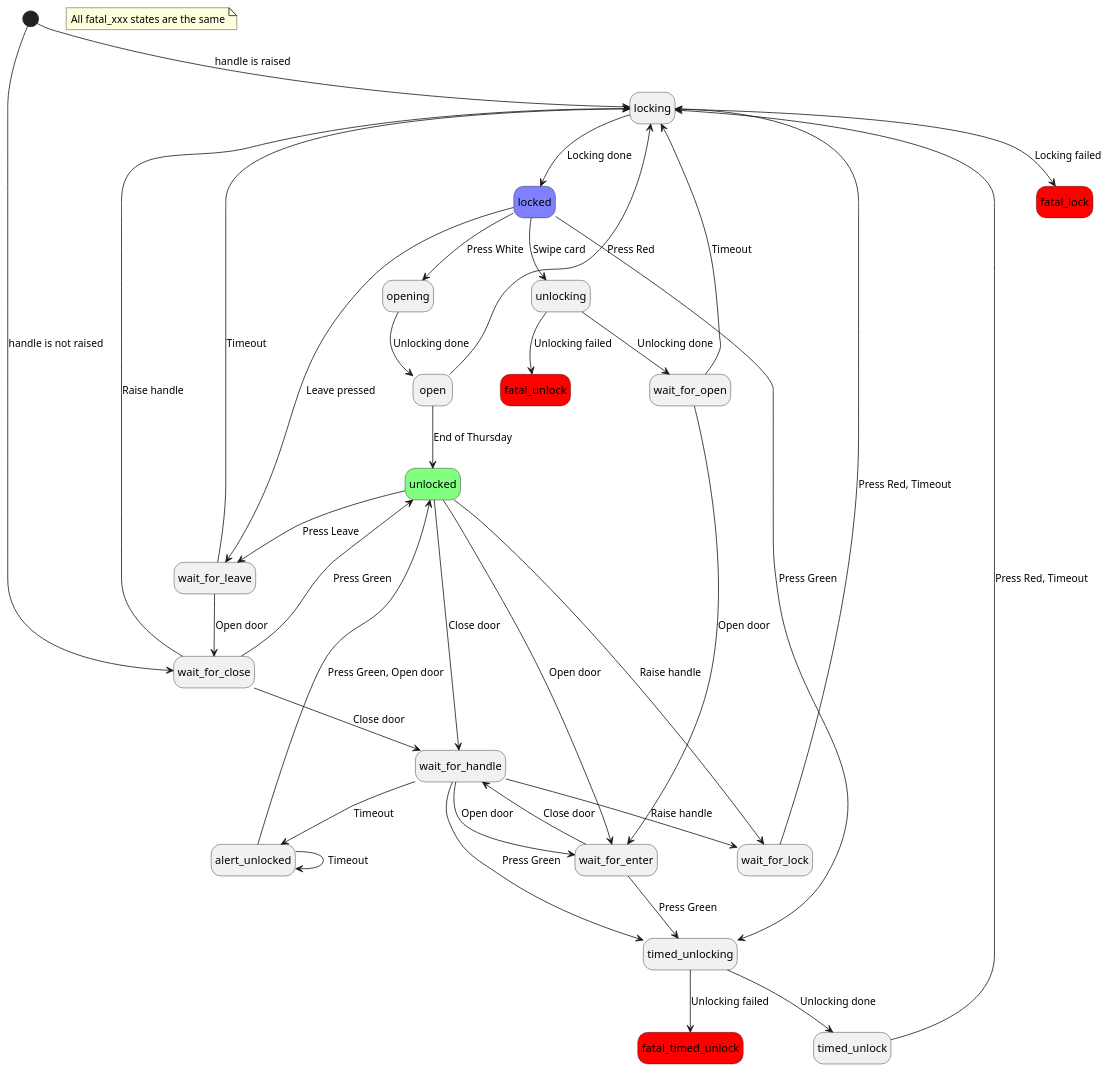
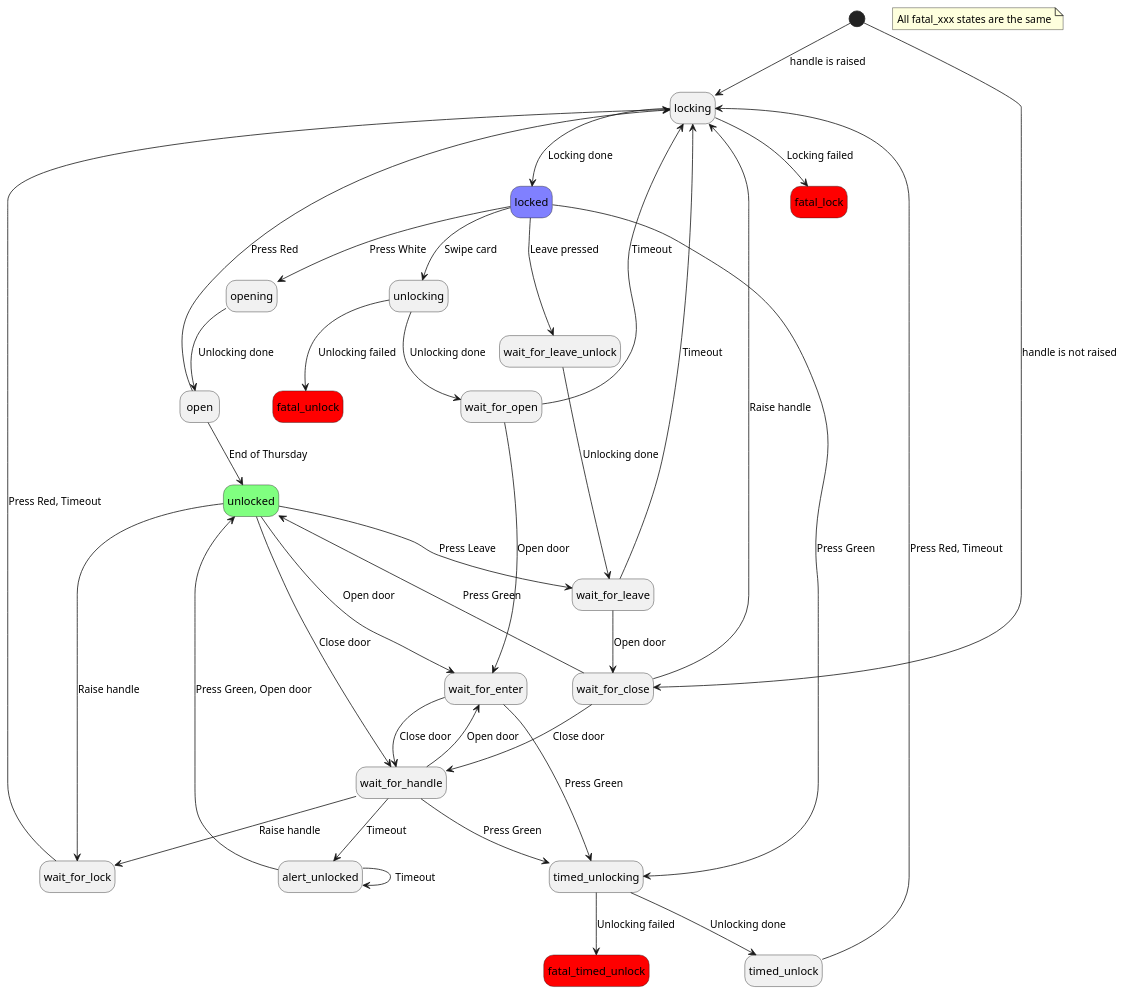
Before and after one commit to bullestock/acsv2: the diagram in ui/states.plantuml, drawn with PlantUML. The commit also changed 1 other file, not shown here.

Commit message:
Fix Leave handling.

```diff
--- a/ui/states.plantuml
+++ b/ui/states.plantuml
@@ -1,49 +1,50 @@
 @startuml
 hide empty description
 
 state fatal_lock #ff0000
 state fatal_unlock #ff0000
 state fatal_timed_unlock #ff0000
 
 note "All fatal_xxx states are the same" as fatal_note
 
 state locked #8080ff
 state unlocked #80ff80
 
 [*] --> locking: handle is raised
 [*] --> wait_for_close: handle is not raised
 alert_unlocked --> alert_unlocked: Timeout
 alert_unlocked --> unlocked: Press Green, Open door
 locked --> opening: Press White
 locked --> timed_unlocking: Press Green
 locked --> unlocking: Swipe card
-locked --> wait_for_leave: Leave pressed
+locked --> wait_for_leave_unlock: Leave pressed
 locking --> fatal_lock: Locking failed
 locking --> locked: Locking done
 open --> locking: Press Red
 open --> unlocked: End of Thursday
 opening --> open: Unlocking done
 timed_unlock --> locking: Press Red, Timeout
 timed_unlocking --> fatal_timed_unlock: Unlocking failed
 timed_unlocking --> timed_unlock: Unlocking done
 unlocked --> wait_for_enter: Open door
 unlocked --> wait_for_handle: Close door
 unlocked --> wait_for_leave: Press Leave
 unlocked --> wait_for_lock: Raise handle
 unlocking --> fatal_unlock: Unlocking failed
 unlocking --> wait_for_open: Unlocking done
 wait_for_close --> locking: Raise handle
 wait_for_close --> unlocked: Press Green
 wait_for_close --> wait_for_handle: Close door
 wait_for_enter --> timed_unlocking: Press Green
 wait_for_enter --> wait_for_handle: Close door
 wait_for_handle --> alert_unlocked: Timeout
 wait_for_handle --> timed_unlocking: Press Green
 wait_for_handle --> wait_for_enter: Open door
 wait_for_handle --> wait_for_lock: Raise handle
 wait_for_leave --> locking: Timeout
 wait_for_leave --> wait_for_close: Open door
+wait_for_leave_unlock --> wait_for_leave: Unlocking done
 wait_for_lock --> locking: Press Red, Timeout
 wait_for_open --> locking: Timeout
 wait_for_open --> wait_for_enter: Open door
 @enduml
```
